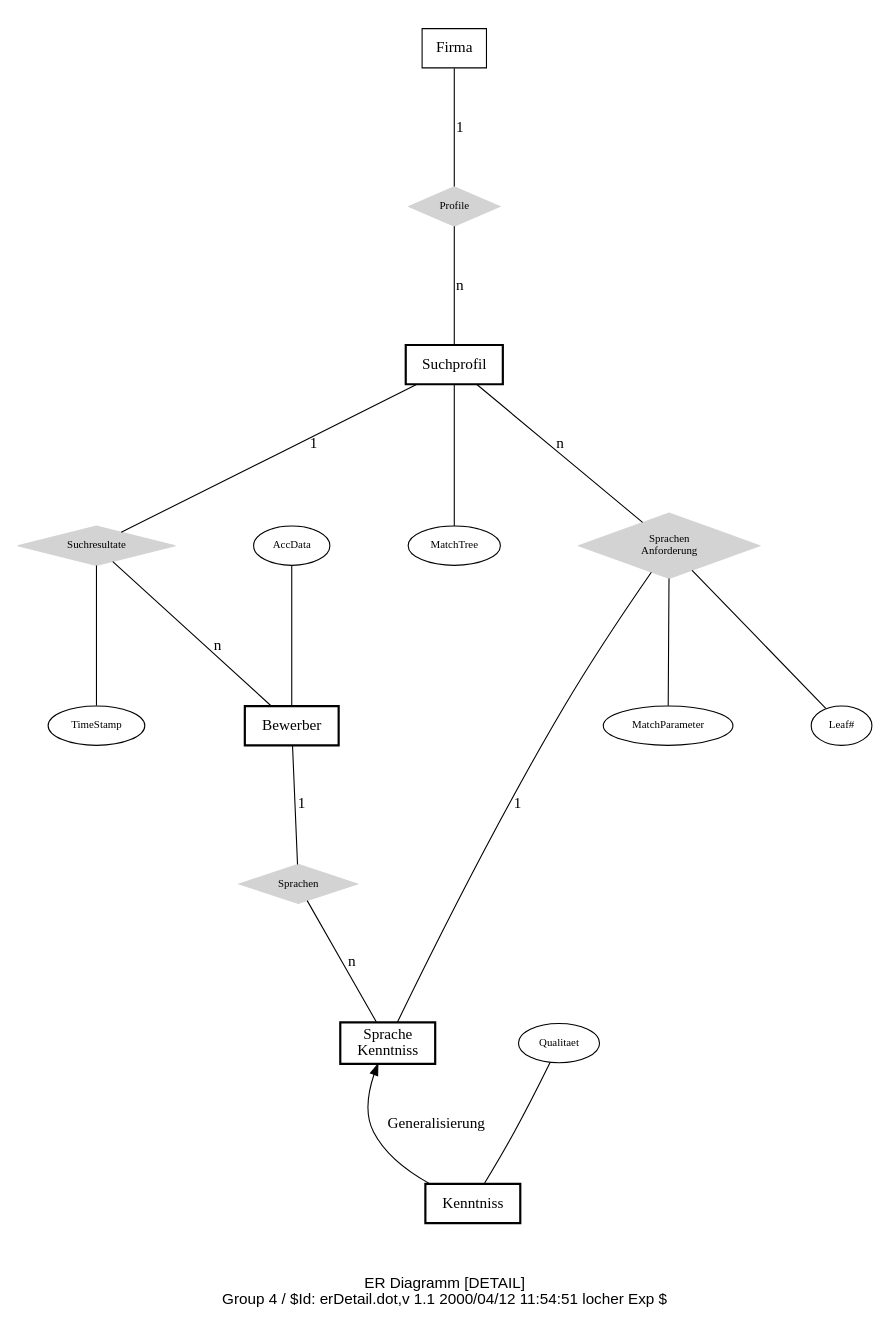
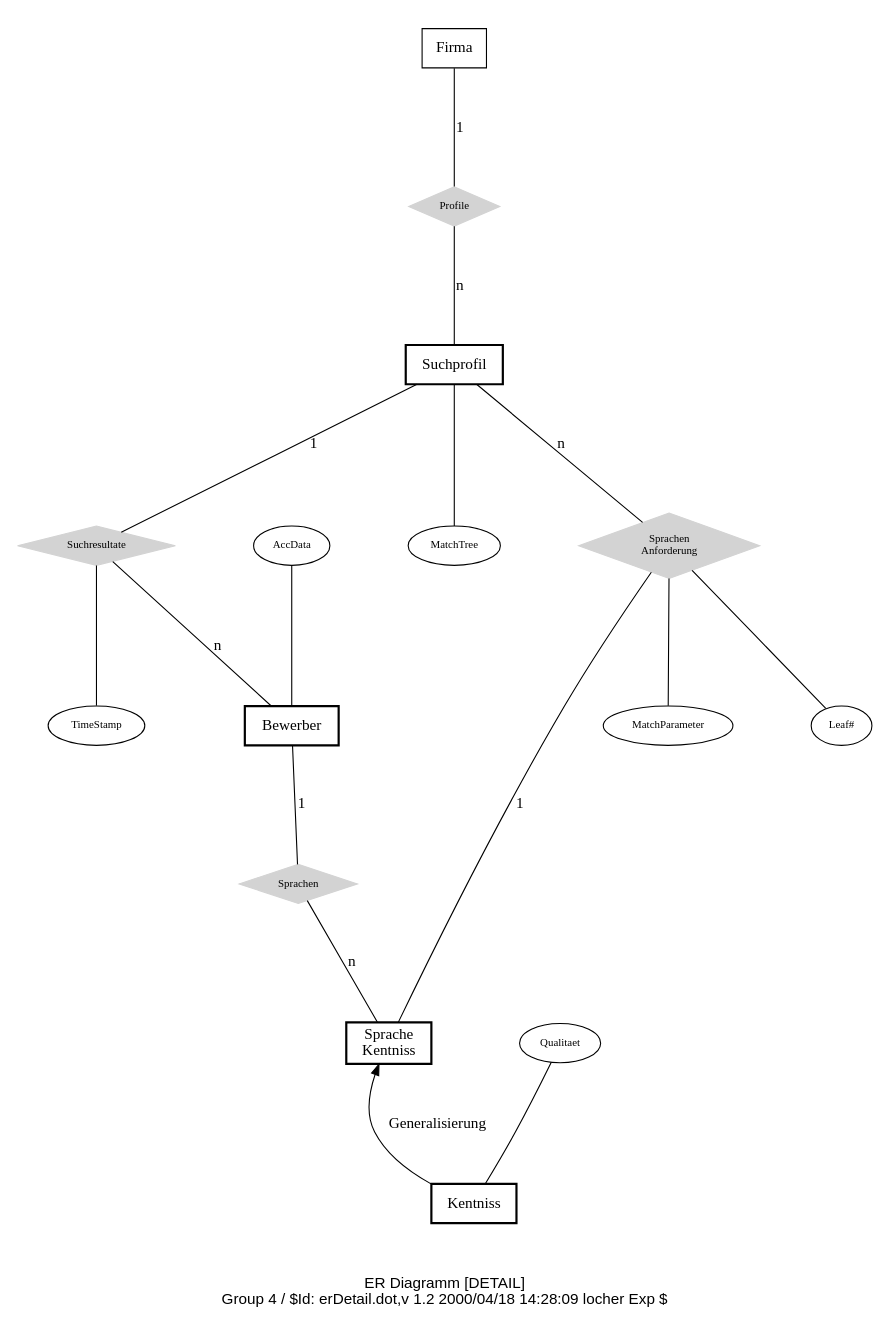
Before and after one commit to mlocher-sf/jobmatch: the diagram in pse/kg2k/design/erDetail.dot, drawn with Graphviz. The commit also changed 1 other file, not shown here.

```diff
--- a/pse/kg2k/design/erDetail.dot
+++ b/pse/kg2k/design/erDetail.dot
@@ -1,61 +1,61 @@
 graph ER {
 	fontname= "Helvetica"
 	nodesep=1
 	size="7,10"
 	center=1
 	margin=1
 	ratio=fill
 
 
 	// Entities
 	node [shape=box, fontsize=14]; 
 	Firma;
 
 	node [style=bold];
 	Suchprofil;
 	Bewerber;
 
-	Kenntniss;
-	"Sprache\nKenntniss";
+	Kentniss;
+	"Sprache\nKentniss";
 
 	// Relations
 	node [shape=diamond,style=filled,color=lightgrey, fontsize=10];
 
 	edge [len=1.8];
 		
 	Firma -- Profile [label=1]
 	Profile -- Suchprofil [label=n];
 
 	Suchprofil -- Suchresultate [label=1];
 	Suchresultate -- Bewerber [label=n];
 
 	Bewerber -- "Sprachen" [label=1]
-	"Sprachen" -- "Sprache\nKenntniss" [label=n];
+	"Sprachen" -- "Sprache\nKentniss" [label=n];
 
 	Suchprofil -- "Sprachen\nAnforderung" [label=n];
-	"Sprachen\nAnforderung" -- "Sprache\nKenntniss" [label=1];
+	"Sprachen\nAnforderung" -- "Sprache\nKentniss" [label=1];
 
 
 	//Attribute
 	
 	node [ shape=ellipse,style=solid,color=black, fontsize=10];
 	edge [len=1]
 	AccData -- Bewerber;
 	Suchresultate -- TimeStamp
 	
 	Suchprofil -- "MatchTree";
 	"Sprachen\nAnforderung" -- MatchParameter;
 	"Sprachen\nAnforderung" -- "Leaf#";
-	Qualitaet -- Kenntniss;
+	Qualitaet -- Kentniss;
 
 	//Generalisierungen
 	
 	edge [label=Generalisierung, dir=back, len=2]
 	
-	"Sprache\nKenntniss" -- Kenntniss;
+	"Sprache\nKentniss" -- Kentniss;
 
 
-	label = "\n\nER Diagramm [DETAIL]\n Group 4 / $Id: erDetail.dot,v 1.1 2000/04/12 11:54:51 locher Exp $"
+	label = "\n\nER Diagramm [DETAIL]\n Group 4 / $Id: erDetail.dot,v 1.2 2000/04/18 14:28:09 locher Exp $"
 	
 
 }
```
